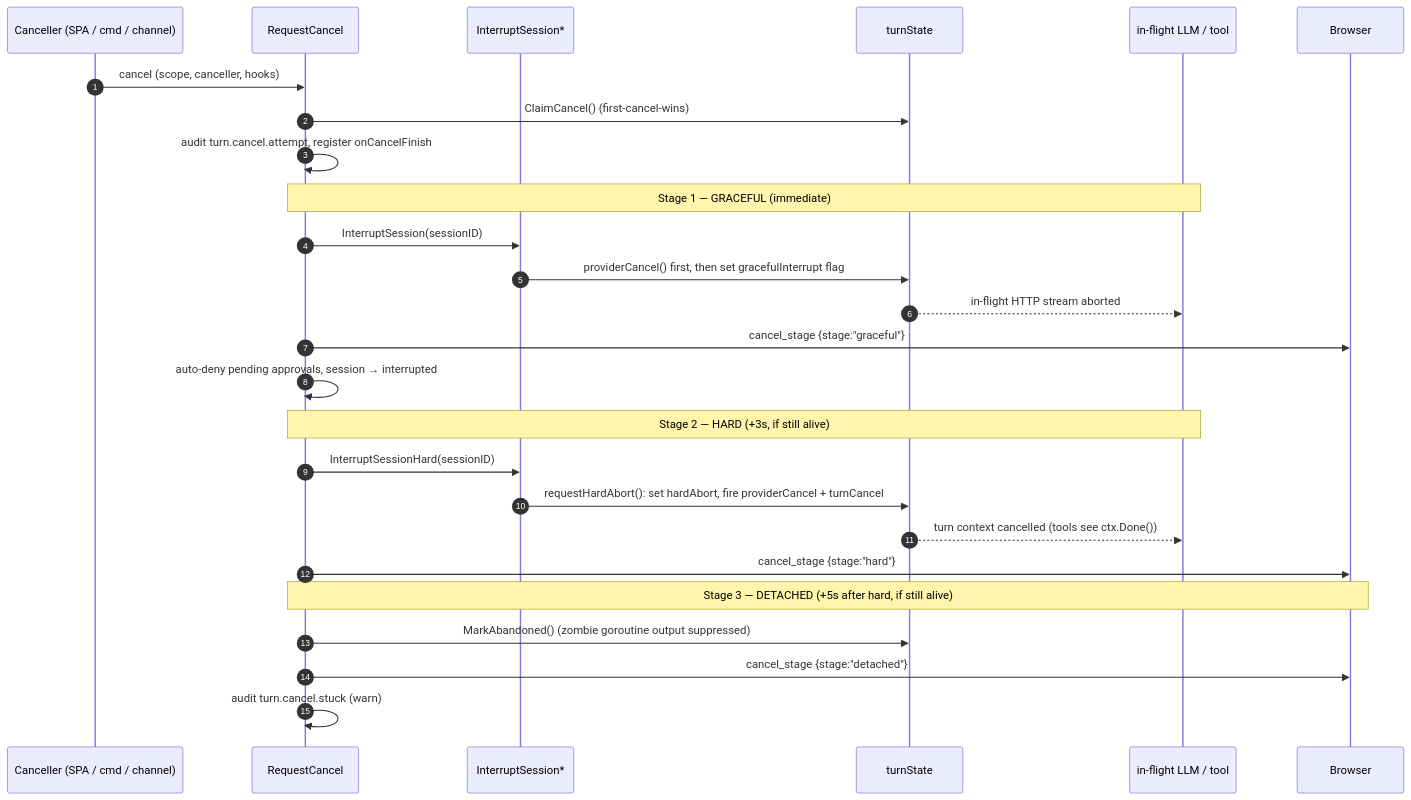
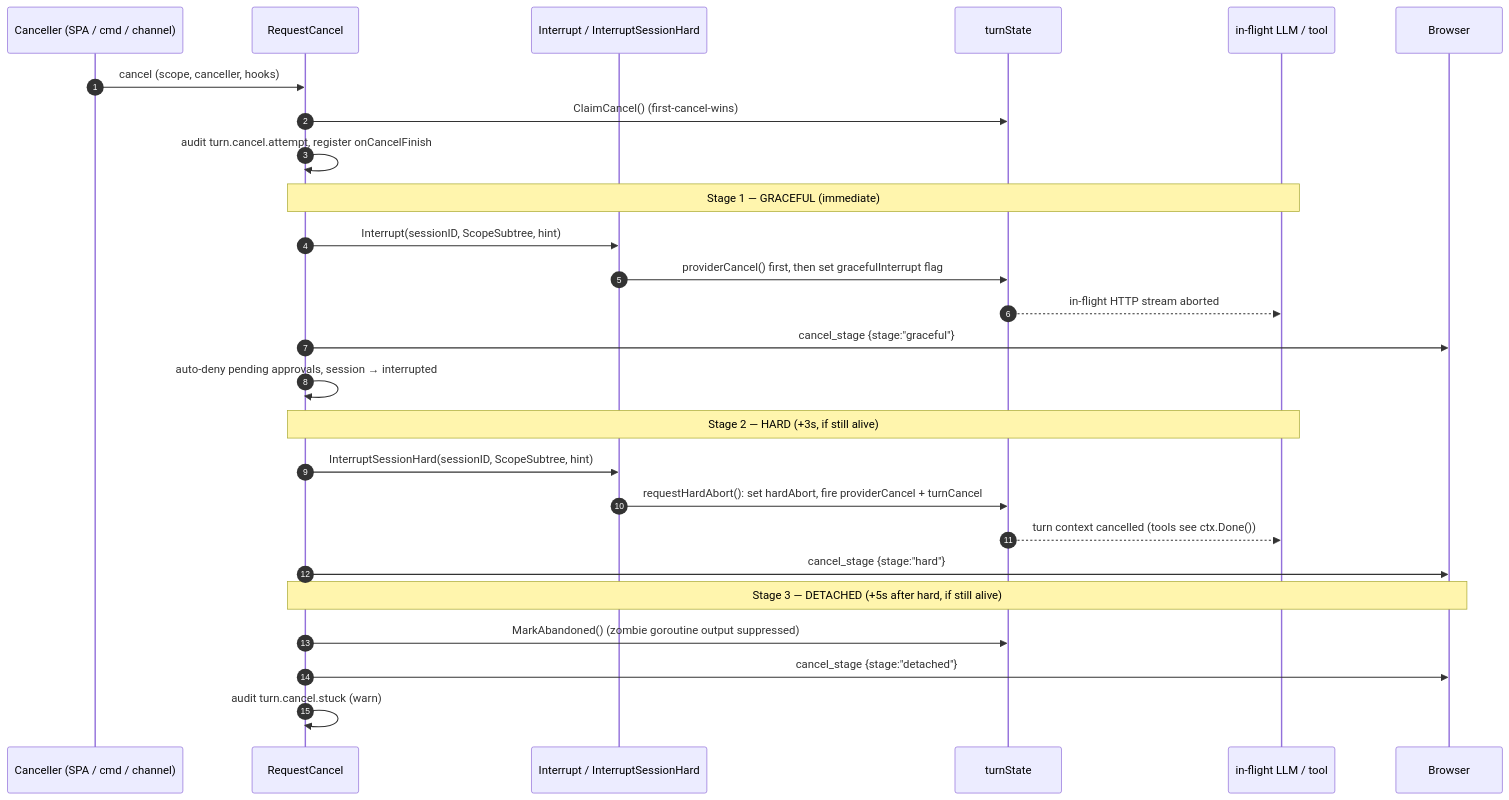
The second of 2 diagrams in docs/internal/architecture/agent-loop-flow.md (elicify-ai/omnipus), drawn with Mermaid before and after one commit. The commit also changed other lines of this file and 6 other files, not shown here.

````diff
--- a/docs/internal/architecture/agent-loop-flow.md
+++ b/docs/internal/architecture/agent-loop-flow.md
@@ -369,32 +369,32 @@
 ```mermaid
 sequenceDiagram
     autonumber
     participant U as Canceller (SPA / cmd / channel)
     participant RC as RequestCancel
-    participant IS as InterruptSession*
+    participant IS as Interrupt / InterruptSessionHard
     participant TS as turnState
     participant Prov as in-flight LLM / tool
     participant Br as Browser
 
     U->>RC: cancel (scope, canceller, hooks)
     RC->>TS: ClaimCancel() (first-cancel-wins)
     RC->>RC: audit turn.cancel.attempt, register onCancelFinish
 
     Note over RC,Prov: Stage 1 — GRACEFUL (immediate)
-    RC->>IS: InterruptSession(sessionID)
+    RC->>IS: Interrupt(sessionID, ScopeSubtree, hint)
     IS->>TS: providerCancel() first, then set gracefulInterrupt flag
     TS-->>Prov: in-flight HTTP stream aborted
     RC->>Br: cancel_stage {stage:"graceful"}
     RC->>RC: auto-deny pending approvals, session → interrupted
 
     Note over RC,Prov: Stage 2 — HARD (+3s, if still alive)
-    RC->>IS: InterruptSessionHard(sessionID)
+    RC->>IS: InterruptSessionHard(sessionID, ScopeSubtree, hint)
     IS->>TS: requestHardAbort(): set hardAbort, fire providerCancel + turnCancel
     TS-->>Prov: turn context cancelled (tools see ctx.Done())
     RC->>Br: cancel_stage {stage:"hard"}
 
     Note over RC,Br: Stage 3 — DETACHED (+5s after hard, if still alive)
     RC->>TS: MarkAbandoned() (zombie goroutine output suppressed)
     RC->>Br: cancel_stage {stage:"detached"}
     RC->>RC: audit turn.cancel.stuck (warn)
 ```
````
